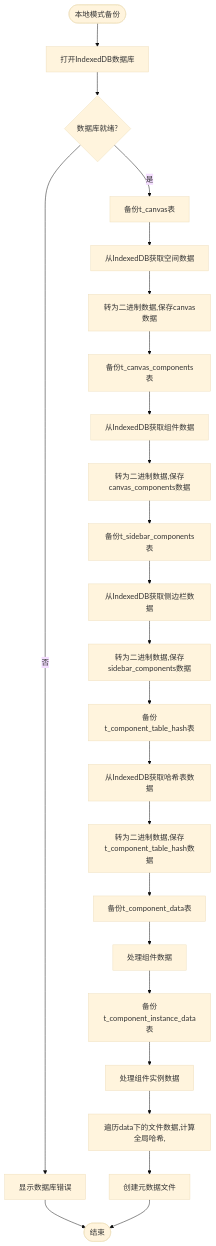
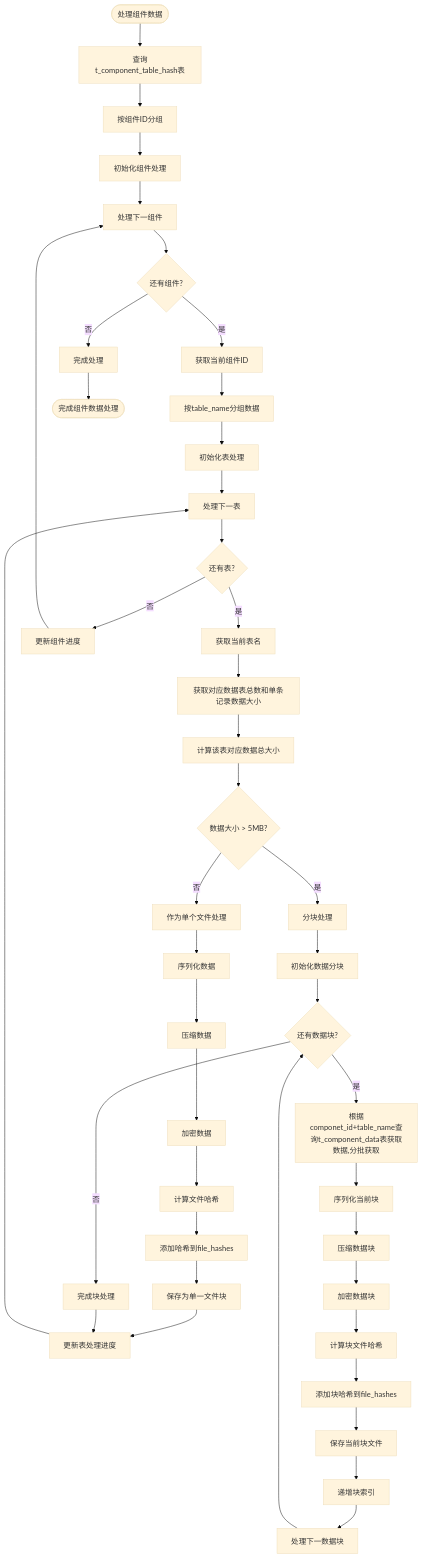
The diagram in all/未命名-60.md (yingjianzh/iodraw-files), drawn with Mermaid (base theme) before and after one commit.

Commit message:
2025-05-15 14:50:10 update

````diff
--- a/all/未命名-60.md
+++ b/all/未命名-60.md
@@ -1,34 +1,62 @@
 ```mermaid
 
 flowchart TD
-    Start([本地模式备份]) --> OpenDB[打开IndexedDB数据库]
-    OpenDB --> DBReady{数据库就绪?}
+    Start([处理组件数据]) --> QueryDB[查询t_component_table_hash表]
+    QueryDB --> GroupByComp[按组件ID分组]
+    GroupByComp --> InitCompProcess[初始化组件处理]
     
-    DBReady -->|否| ShowDBError[显示数据库错误]
-    DBReady -->|是| BackupCanvas[备份t_canvas表]
+    InitCompProcess --> ProcessNextComp[处理下一组件]
+    ProcessNextComp --> MoreComps{还有组件?}
+    MoreComps -->|否| CompleteProcess[完成处理]
+    MoreComps -->|是| GetCompID[获取当前组件ID]
     
-    ShowDBError --> End([结束])
+    GetCompID --> GroupByTable[按table_name分组数据]
+    GroupByTable --> InitTableProcess[初始化表处理]
     
-    BackupCanvas --> GetCanvasFromDB[从IndexedDB获取空间数据]
-    GetCanvasFromDB --> ProcessCanvasFile[转为二进制数据,保存canvas数据]
-    ProcessCanvasFile -->  BackupCanvasComps[备份t_canvas_components表]
-    BackupCanvasComps --> GetCanvasCompsFromDB[从IndexedDB获取组件数据]
-    GetCanvasCompsFromDB --> ProcessCanvasCompsFile[转为二进制数据,保存canvas_components数据]
-    ProcessCanvasCompsFile -->  BackupSidebarComps[备份t_sidebar_components表]
-    BackupSidebarComps --> GetSidebarCompsFromDB[从IndexedDB获取侧边栏数据]
-    GetSidebarCompsFromDB --> ProcessSidebarCompsFile[转为二进制数据,保存sidebar_components数据]
-    ProcessSidebarCompsFile --> BackupHashTables[备份t_component_table_hash表]
-    BackupHashTables --> GetHashTablesFromDB[从IndexedDB获取哈希表数据]
-    GetHashTablesFromDB --> ProcessHashTablesFile[转为二进制数据,保存t_component_table_hash数据]
-    ProcessHashTablesFile --> BackupCompData[备份t_component_data表]
-    BackupCompData --> ProcessCompData[处理组件数据]
+    InitTableProcess --> ProcessNextTable[处理下一表]
+    ProcessNextTable --> MoreTables{还有表?}
+
+
+    MoreTables -->|是| GetTableName[获取当前表名]
+    MoreTables -->|否| UpdateCompProgress[更新组件进度]
     
-    ProcessCompData --> BackupInstData[备份t_component_instance_data表]
-    BackupInstData --> ProcessInstData[处理组件实例数据]
+    UpdateCompProgress --> ProcessNextComp
     
-    ProcessInstData --> CalculateGlobalHash[遍历data下的文件数据,计算全局哈希,]
-    CalculateGlobalHash --> CreateMetadataFile[创建元数据文件]
+    GetTableName --> CheckDataSize[获取对应数据表总数和单条记录数据大小]
+    CheckDataSize --> TotalSize[计算该表对应数据总大小]
+
+    TotalSize --> DataSize{数据大小 > 5MB?}
+   
+    DataSize -->|否| ProcessSingleFile[作为单个文件处理]
+    DataSize -->|是| ProcessMultipleChunks[分块处理]
+
+    ProcessMultipleChunks --> InitChunks[初始化数据分块]
+    InitChunks --> MoreChunks{还有数据块?}
+    MoreChunks -->|是| QueryTableData[根据componet_id+table_name查询t_component_data表获取数据,分批获取]
+    MoreChunks -->|否| CompleteChunks[完成块处理]
     
-    CreateMetadataFile --> End
+    ProcessSingleFile --> SerializeData[序列化数据]
+    SerializeData --> CompressData[压缩数据]
+    CompressData --> EncryptData[加密数据]
+    EncryptData --> CalcFileHash[计算文件哈希]
+    CalcFileHash --> AddToFileHashes[添加哈希到file_hashes]
+    AddToFileHashes --> SaveSingleFile[保存为单一文件块]
+    SaveSingleFile --> UpdateTableProgress[更新表处理进度]
+    
+    
+    QueryTableData --> SerializeChunk[序列化当前块]
+    SerializeChunk --> CompressChunk[压缩数据块]
+    CompressChunk --> EncryptChunk[加密数据块]
+    EncryptChunk --> CalcChunkHash[计算块文件哈希]
+    CalcChunkHash --> AddChunkHash[添加块哈希到file_hashes]
+    AddChunkHash --> SaveCurrentData[保存当前块文件]
+    SaveCurrentData --> IncrementChunkIndex[递增块索引]
+    IncrementChunkIndex --> ProcessNextChunk[处理下一数据块]
+    ProcessNextChunk --> MoreChunks
+    
+    CompleteChunks --> UpdateTableProgress
+    UpdateTableProgress --> ProcessNextTable
+    
+    CompleteProcess --> End([完成组件数据处理])
 
 ```
````
